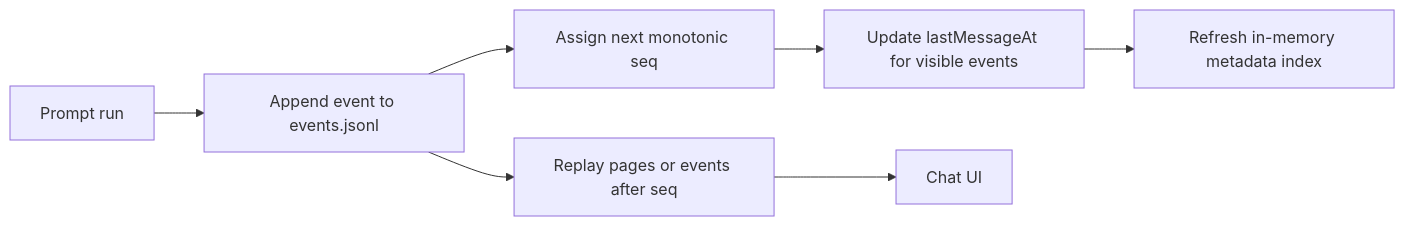
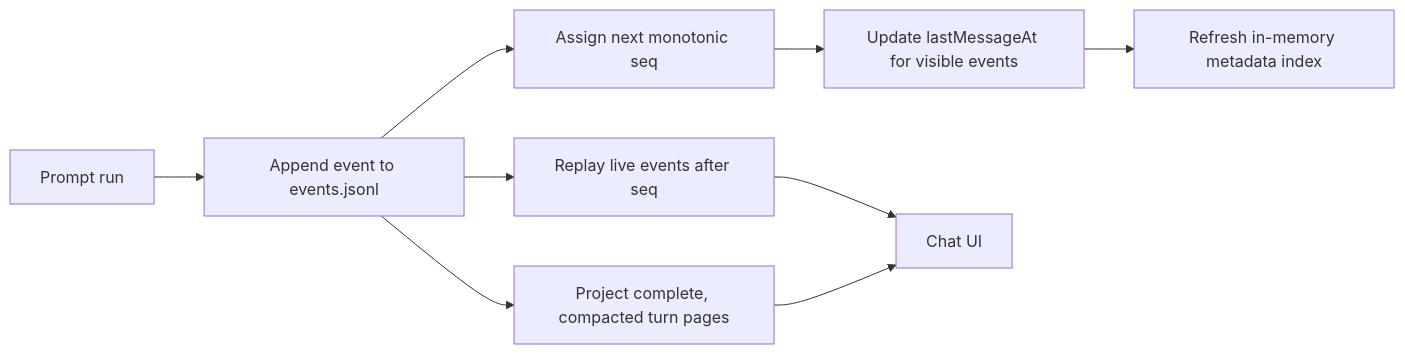
One commit to AbdallahMohamedDotnet/remote.futrx changed the second of 4 diagrams in docs/03-platform/07-data-and-frontend-state.md. Above: the diagram before and after it, drawn with Mermaid. The commit also changed other lines of this file and 25 other files, not shown here.

````diff
--- a/docs/03-platform/07-data-and-frontend-state.md
+++ b/docs/03-platform/07-data-and-frontend-state.md
@@ -103,9 +103,11 @@
 ```mermaid
 flowchart LR
     Run["Prompt run"] --> Append["Append event to events.jsonl"]
     Append --> Seq["Assign next monotonic seq"]
     Seq --> Meta["Update lastMessageAt for visible events"]
     Meta --> Cache["Refresh in-memory metadata index"]
-    Append --> Replay["Replay pages or events after seq"]
+    Append --> Replay["Replay live events after seq"]
+    Append --> Transcript["Project complete, compacted turn pages"]
     Replay --> Client["Chat UI"]
+    Transcript --> Client
 ```
````
